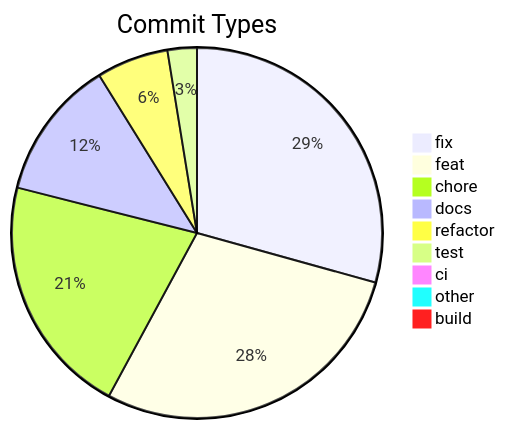
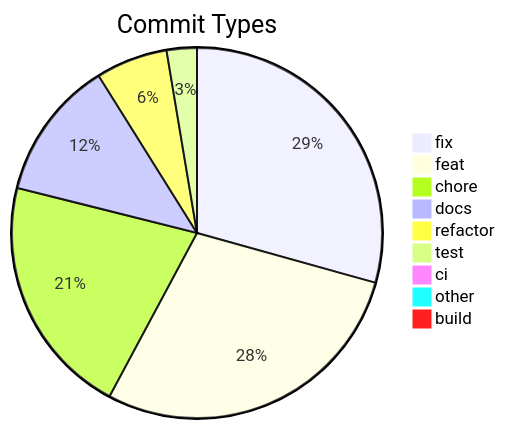
The diagram in .shipwright/compliance/change-history.md (svenroth-ai/shipwright), drawn with Mermaid before and after one commit. The commit also changed other lines of this file and 15 other files, not shown here.

````diff
--- a/.shipwright/compliance/change-history.md
+++ b/.shipwright/compliance/change-history.md
@@ -10,12 +10,12 @@
 ```mermaid
 pie title Commit Types
-    "fix" : 355
+    "fix" : 356
     "feat" : 346
-    "chore" : 255
+    "chore" : 256
     "docs" : 148
     "refactor" : 76
-    "test" : 31
+    "test" : 32
     "ci" : 11
     "other" : 9
     "build" : 1
 ```
````
